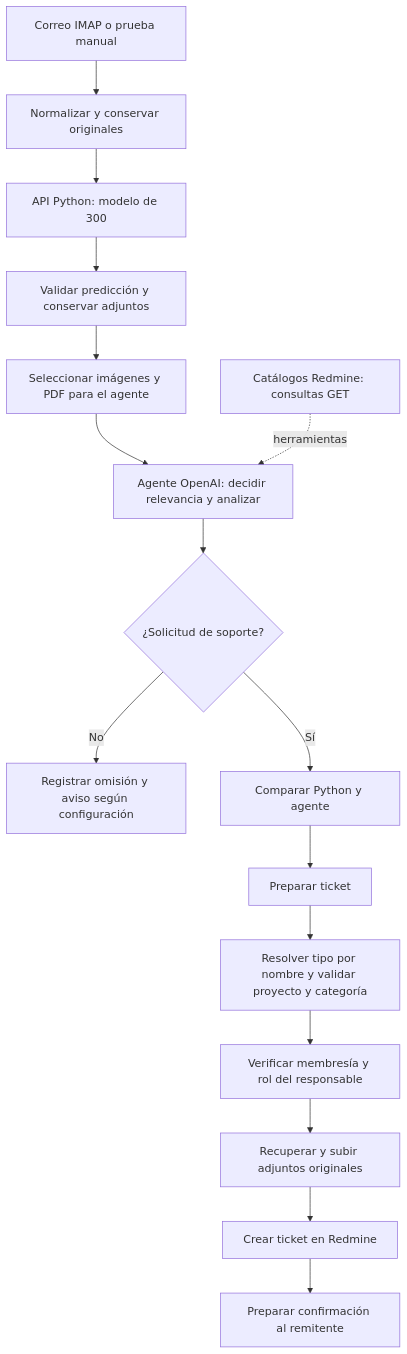
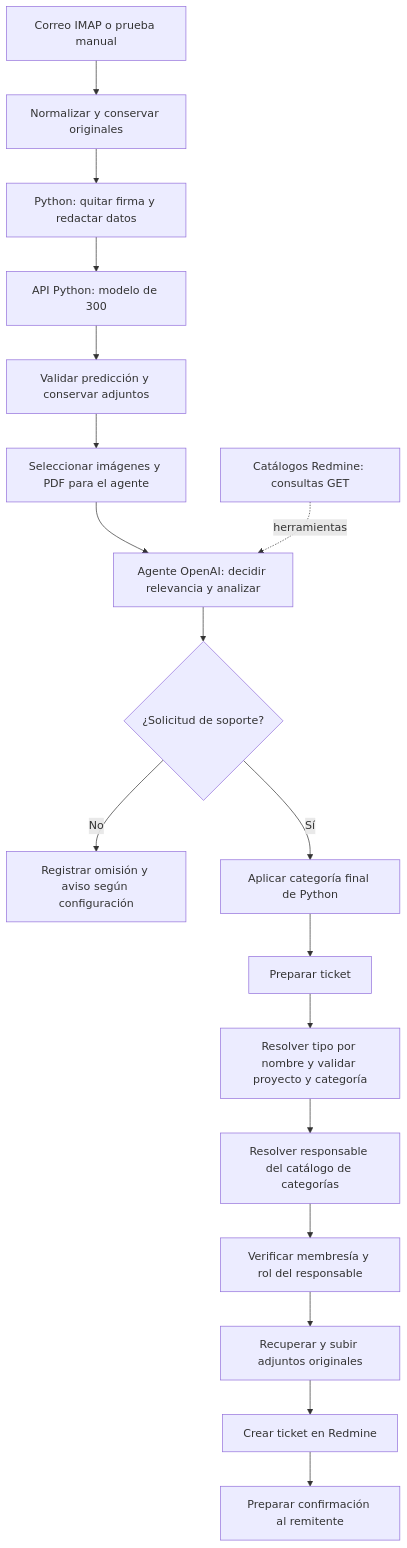
The second of 2 diagrams in python/docs/arquitectura.md (n8nmquito/ProyectoIA), drawn with Mermaid before and after one commit. The commit also changed other lines of this file and 17 other files, not shown here.

Commit message:
Limpia firmas y datos sensibles con Python antes del clasificador n8n

````diff
--- a/python/docs/arquitectura.md
+++ b/python/docs/arquitectura.md
@@ -158,18 +158,20 @@
 ```mermaid
 flowchart TD
     M[Correo IMAP o prueba manual] --> N[Normalizar y conservar originales]
-    N --> P[API Python: modelo de 300]
+    N --> L[Python: quitar firma y redactar datos]
+    L --> P[API Python: modelo de 300]
     P --> B[Validar predicción y conservar adjuntos]
     B --> S[Seleccionar imágenes y PDF para el agente]
     S --> A[Agente OpenAI: decidir relevancia y analizar]
     R[Catálogos Redmine: consultas GET] -. herramientas .-> A
     A --> D{¿Solicitud de soporte?}
     D -->|No| O[Registrar omisión y aviso según configuración]
-    D -->|Sí| C[Comparar Python y agente]
+    D -->|Sí| C[Aplicar categoría final de Python]
     C --> T[Preparar ticket]
     T --> V[Resolver tipo por nombre y validar proyecto y categoría]
-    V --> U[Verificar membresía y rol del responsable]
+    V --> Q[Resolver responsable del catálogo de categorías]
+    Q --> U[Verificar membresía y rol del responsable]
     U --> F[Recuperar y subir adjuntos originales]
     F --> K[Crear ticket en Redmine]
     K --> E[Preparar confirmación al remitente]
 ```
````
